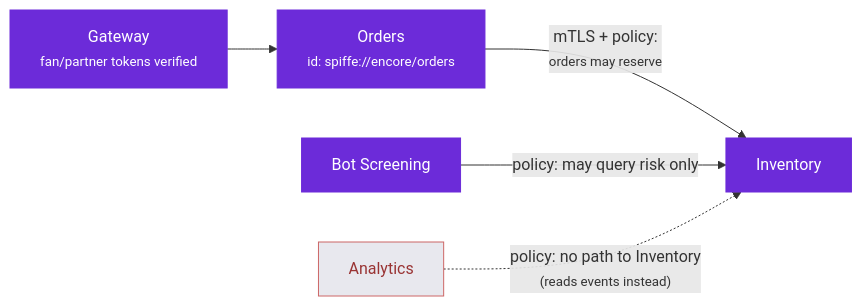
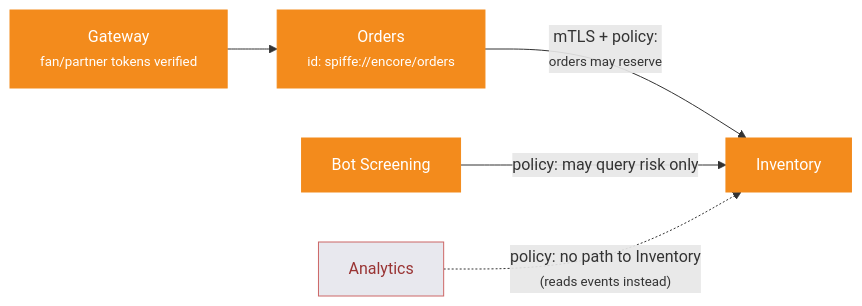
One commit to oleksiyp/arch-book changed diagram 18 of 22 in README.md. Above: the diagram before and after it, drawn with Mermaid. The commit also changed other lines of this file and 6 other files, not shown here.

```diff
--- a/README.md
+++ b/README.md
@@ -1695,11 +1695,11 @@
 <pre class="mermaid">
 flowchart LR
     gw["Gateway<br/><small>fan/partner tokens verified</small>"] --> ord["Orders<br/><small>id: spiffe://encore/orders</small>"]
     ord -- "mTLS + policy:<br/><small>orders may reserve</small>" --> inv["Inventory"]
     bot["Bot Screening"] -- "policy: may query risk only" --> inv
     ana["Analytics"] -. "policy: no path to Inventory<br/><small>(reads events instead)</small>" .-> inv
-    classDef ok fill:#6c2bd9,stroke:#6c2bd9,color:#fff
+    classDef ok fill:#f38b1c,stroke:#f38b1c,color:#fff
     classDef deny fill:#e8e8ee,stroke:#c66,color:#933
     class gw,ord,inv,bot ok
     class ana deny
 </pre>
```
